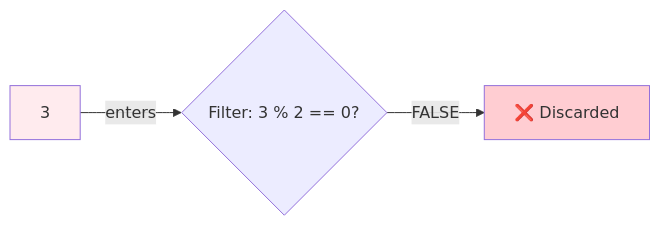
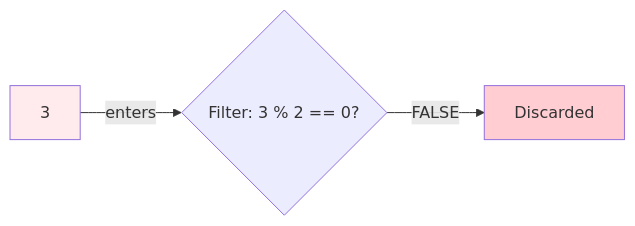
The sixth of 8 diagrams in 04-streams/01-streams-overview.md (stravos97/java-documentation-notes), drawn with Mermaid before and after one commit. The commit also changed other lines of this file and 21 other files, not shown here.

````diff
--- a/04-streams/01-streams-overview.md
+++ b/04-streams/01-streams-overview.md
@@ -250,8 +250,8 @@
 ```mermaid
 flowchart LR
     N3[3] -->|enters| F3{Filter: 3 % 2 == 0?}
-    F3 -->|FALSE| X3[❌ Discarded]
+    F3 -->|FALSE| X3[Discarded]
     
     style N3 fill:#ffebee
     style X3 fill:#ffcdd2
 ```
````
